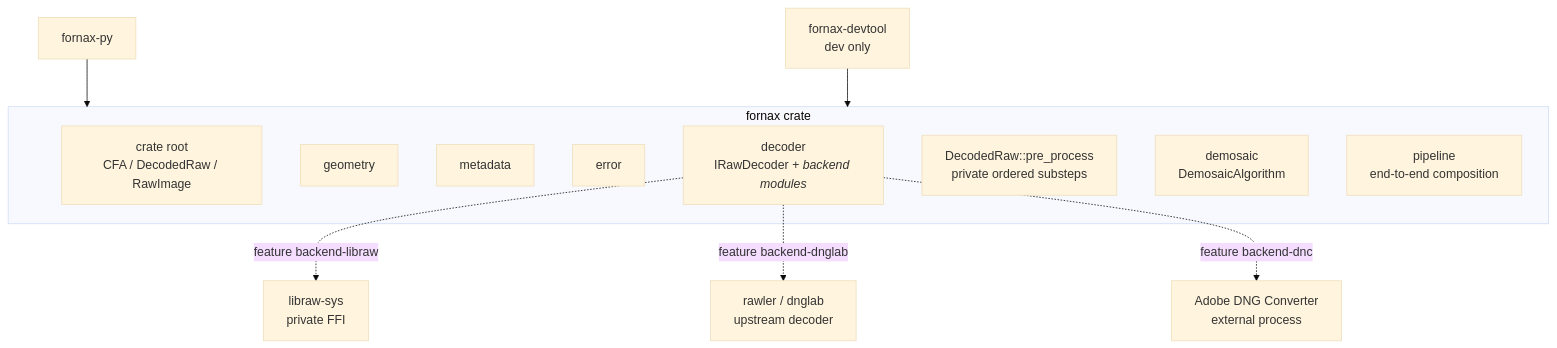
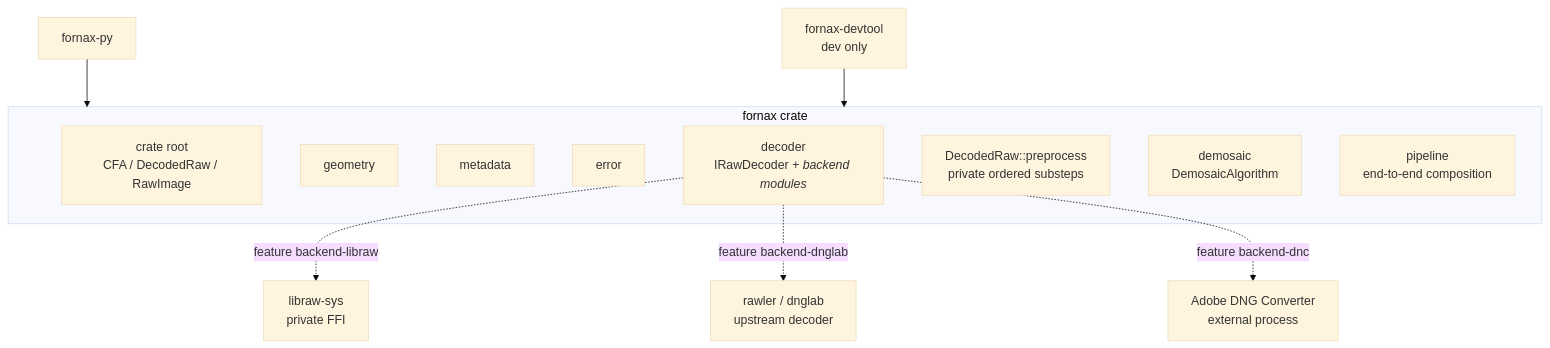
Before and after one commit to Glatzel/fornax: the diagram in docs/raw-pipeline/architecture.md, drawn with Mermaid (base theme). The commit also changed other lines of this file and 21 other files, not shown here.

````diff
--- a/docs/raw-pipeline/architecture.md
+++ b/docs/raw-pipeline/architecture.md
@@ -12,19 +12,19 @@
 ```mermaid
 flowchart TB
     subgraph Fornax["fornax crate"]
         Model["crate root\nCFA / DecodedRaw / RawImage"]
         Geometry["geometry"]
         Metadata["metadata"]
         Error["error"]
         Decoder["decoder\nIRawDecoder<I> + backend modules"]
-        Preprocess["DecodedRaw::pre_process\nprivate ordered substeps"]
+        Preprocess["DecodedRaw::preprocess\nprivate ordered substeps"]
         Demosaic["demosaic\nDemosaicAlgorithm"]
         Pipeline["pipeline\nend-to-end composition"]
     end
 
     Decoder -. feature backend-libraw .-> LibRawSys["libraw-sys\nprivate FFI"]
     Decoder -. feature backend-dnglab .-> Rawler["rawler / dnglab\nupstream decoder"]
     Decoder -. feature backend-dnc .-> DNC["Adobe DNG Converter\nexternal process"]
     Python["fornax-py"] --> Fornax
     Dev["fornax-devtool\ndev only"] --> Fornax
 ```
````
